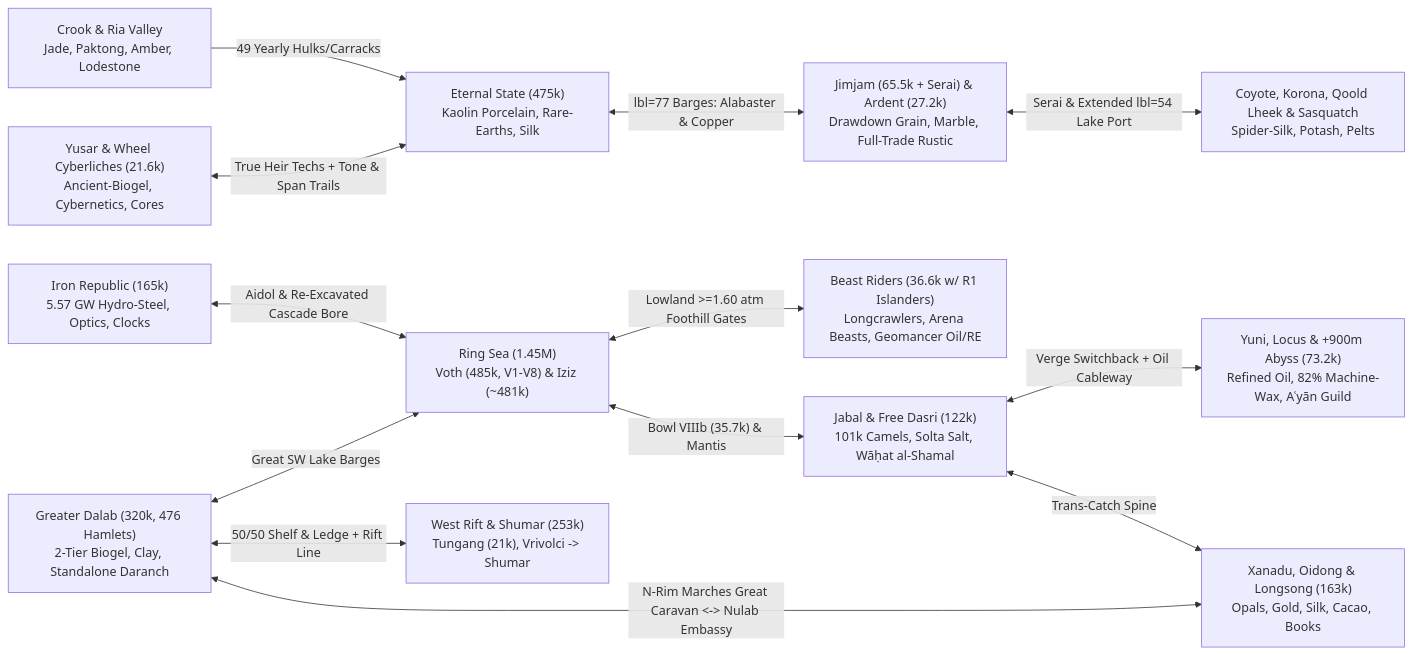
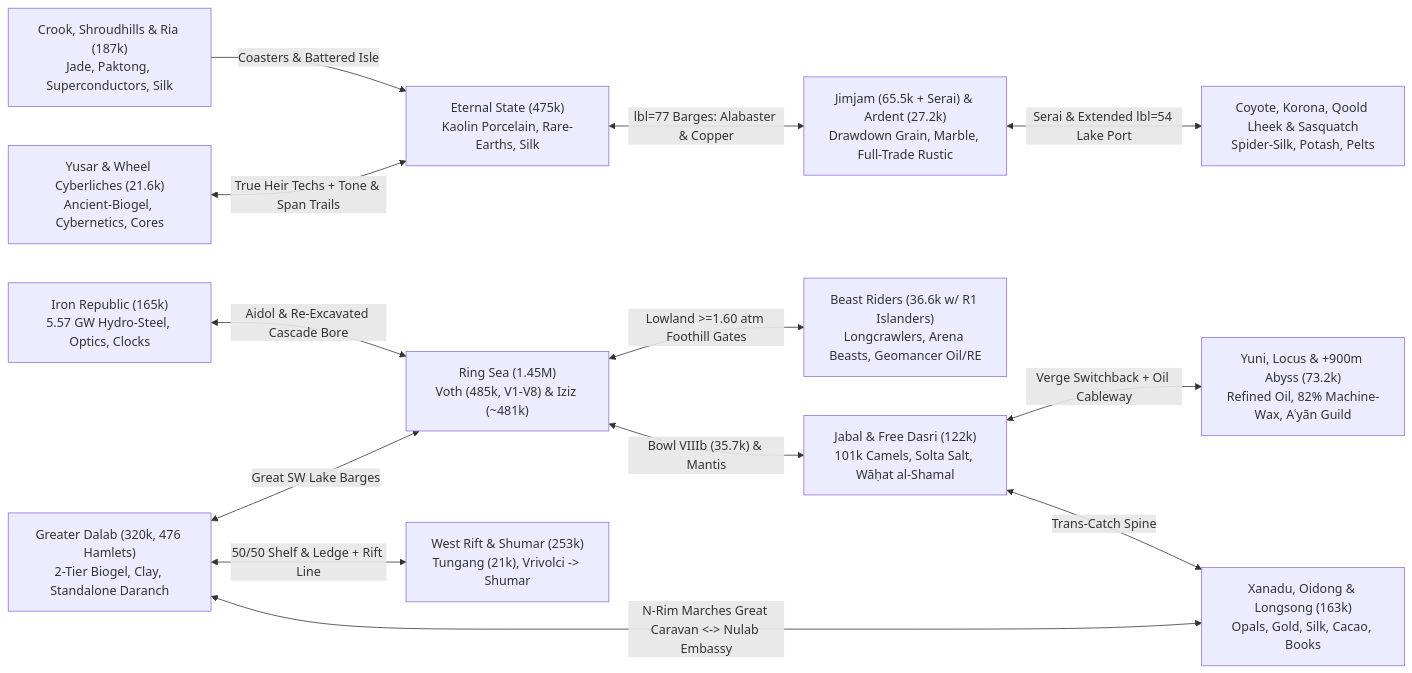
One commit to traviso761-debug/krator-master changed the diagram in core/region/CONTINENTAL-SCOPE.md. Above: the diagram before and after it, drawn with Mermaid. The commit also changed other lines of this file and 14 other files, not shown here.

````diff
--- a/core/region/CONTINENTAL-SCOPE.md
+++ b/core/region/CONTINENTAL-SCOPE.md
@@ -329,15 +336,15 @@
 ```mermaid
 flowchart LR
-  EXT["Crook & Ria Valley<br/>Jade, Paktong, Amber, Lodestone"] -->|"49 Yearly Hulks/Carracks"| ET["Eternal State (475k)<br/>Kaolin Porcelain, Rare-Earths, Silk"]
+  EXT["Crook, Shroudhills & Ria (187k)<br/>Jade, Paktong, Superconductors, Silk"] -->|"Coasters & Battered Isle"| ET["Eternal State (475k)<br/>Kaolin Porcelain, Rare-Earths, Silk"]
   YUS["Yusar & Wheel Cyberliches (21.6k)<br/>Ancient-Biogel, Cybernetics, Cores"] <-->|"True Heir Techs + Tone & Span Trails"| ET
   ET <-->|"lbl=77 Barges: Alabaster & Copper"| JJ["Jimjam (65.5k + Serai) & Ardent (27.2k)<br/>Drawdown Grain, Marble, Full-Trade Rustic"]
   IR["Iron Republic (165k)<br/>5.57 GW Hydro-Steel, Optics, Clocks"] <-->|"Aidol & Re-Excavated Cascade Bore"| RING["Ring Sea (1.45M)<br/>Voth (485k, V1-V8) & Iziz (~481k)"]
   DAL["Greater Dalab (320k, 476 Hamlets)<br/>2-Tier Biogel, Clay, Standalone Daranch"] <-->|"50/50 Shelf & Ledge + Rift Line"| WR["West Rift & Shumar (253k)<br/>Tungang (21k), Vrivolci -> Shumar"]
   DAL <-->|"Great SW Lake Barges"| RING
   RING <-->|"Lowland >=1.60 atm Foothill Gates"| BR["Beast Riders (36.6k w/ R1 Islanders)<br/>Longcrawlers, Arena Beasts, Geomancer Oil/RE"]
   JJ <-->|"Serai & Extended lbl=54 Lake Port"| COY["Coyote, Korona, Qoold Lheek & Sasquatch<br/>Spider-Silk, Potash, Pelts"]
   RING <-->|"Bowl VIIIb (35.7k) & Mantis"| JAB["Jabal & Free Dasri (122k)<br/>101k Camels, Solta Salt, Wāḥat al-Shamal"]
   JAB <-->|"Verge Switchback + Oil Cableway"| YUNI["Yuni, Locus & +900m Abyss (73.2k)<br/>Refined Oil, 82% Machine-Wax, Aʿyān Guild"]
   JAB <-->|"Trans-Catch Spine"| XAN["Xanadu, Oidong & Longsong (163k)<br/>Opals, Gold, Silk, Cacao, Books"]
   DAL <-->|"N-Rim Marches Great Caravan <-> Nulab Embassy"| XAN
 ```
````
